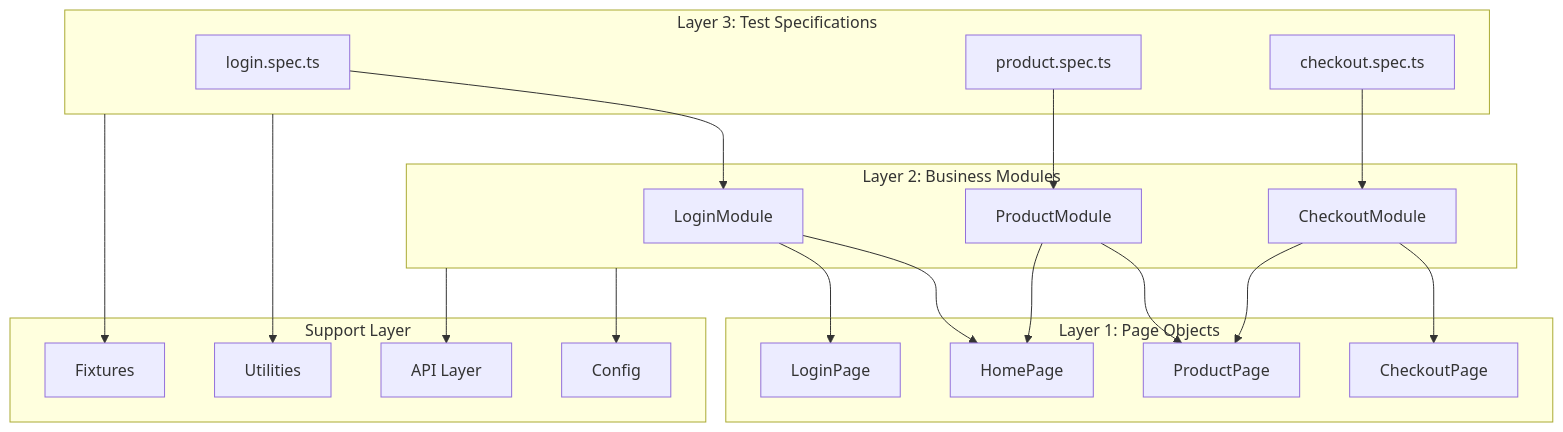
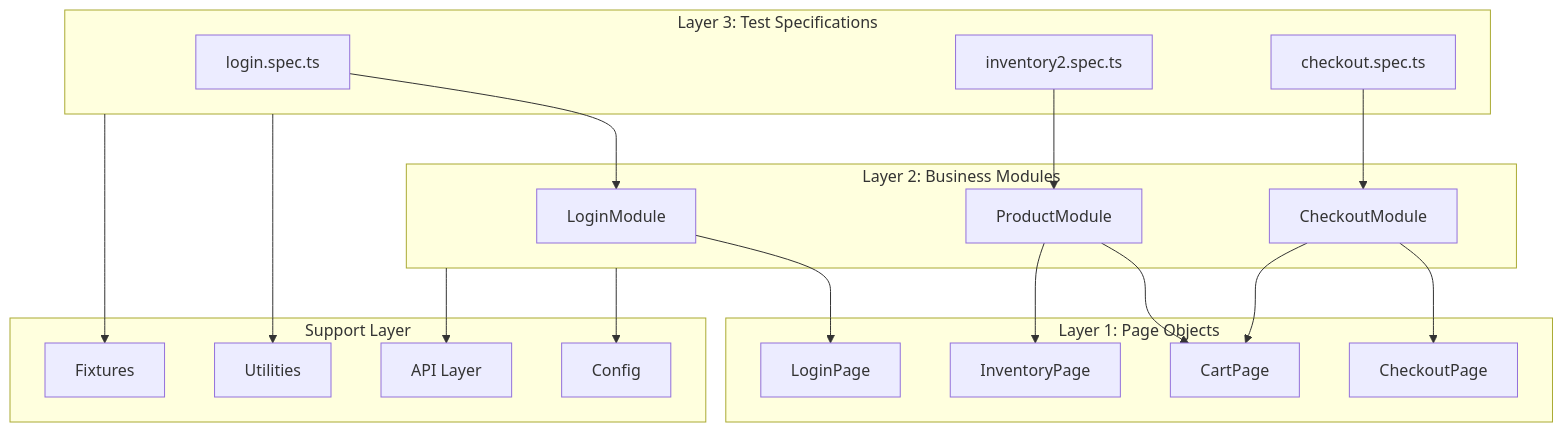
One commit to omgutty/PWFW5-Advance changed the first of 3 diagrams in README.md. Above: the diagram before and after it, drawn with Mermaid. The commit also changed other lines of this file and 2 other files, not shown here.

````diff
--- a/README.md
+++ b/README.md
@@ -188,44 +208,43 @@
 ```mermaid
 flowchart TB
     subgraph Tests["Layer 3: Test Specifications"]
         T1[login.spec.ts]
-        T2[product.spec.ts]
+        T2[inventory2.spec.ts]
         T3[checkout.spec.ts]
     end
 
     subgraph Modules["Layer 2: Business Modules"]
         M1[LoginModule]
         M2[ProductModule]
         M3[CheckoutModule]
     end
 
     subgraph Pages["Layer 1: Page Objects"]
         P1[LoginPage]
-        P2[HomePage]
-        P3[ProductPage]
+        P2[InventoryPage]
+        P3[CartPage]
         P4[CheckoutPage]
     end
 
     subgraph Support["Support Layer"]
         F[Fixtures]
         U[Utilities]
         A[API Layer]
         C[Config]
     end
 
     T1 --> M1
     T2 --> M2
     T3 --> M3
 
     M1 --> P1
-    M1 --> P2
+    M2 --> P2
     M2 --> P3
-    M2 --> P2
+    M3 --> P3
     M3 --> P4
-    M3 --> P3
 
     Tests --> F
     Tests --> U
     Modules --> A
     Modules --> C
 ```
````
